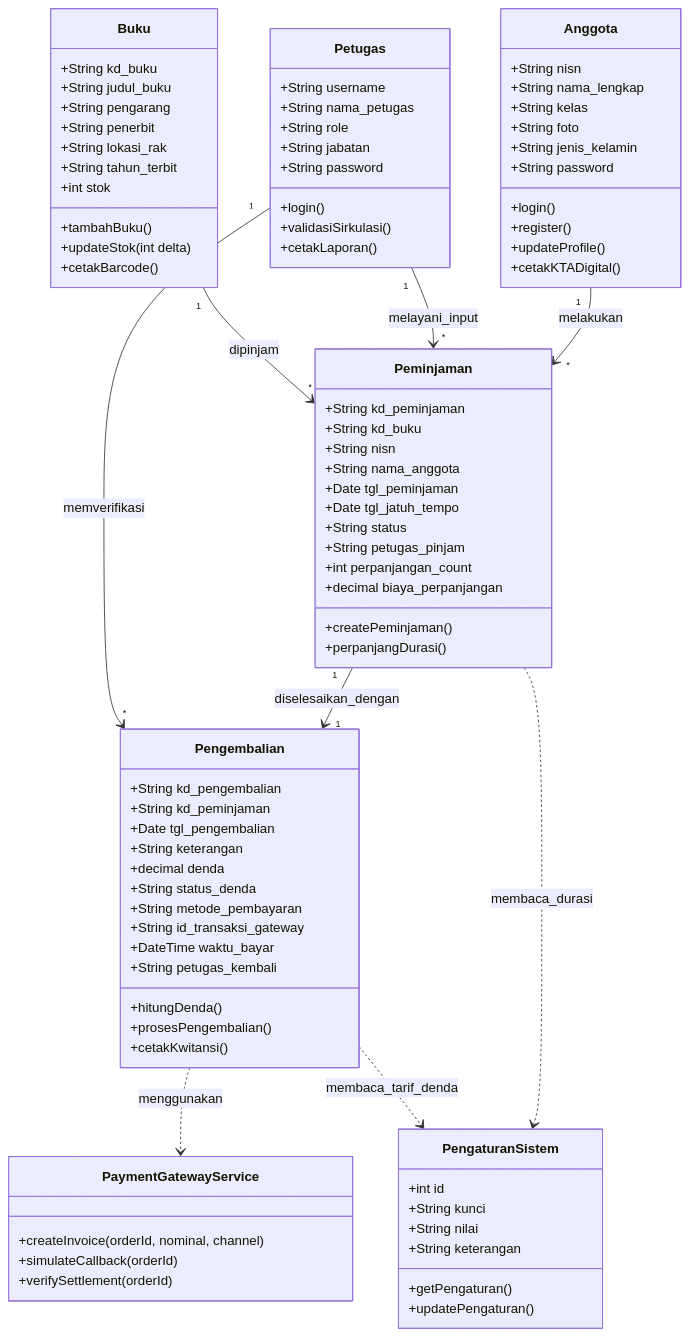
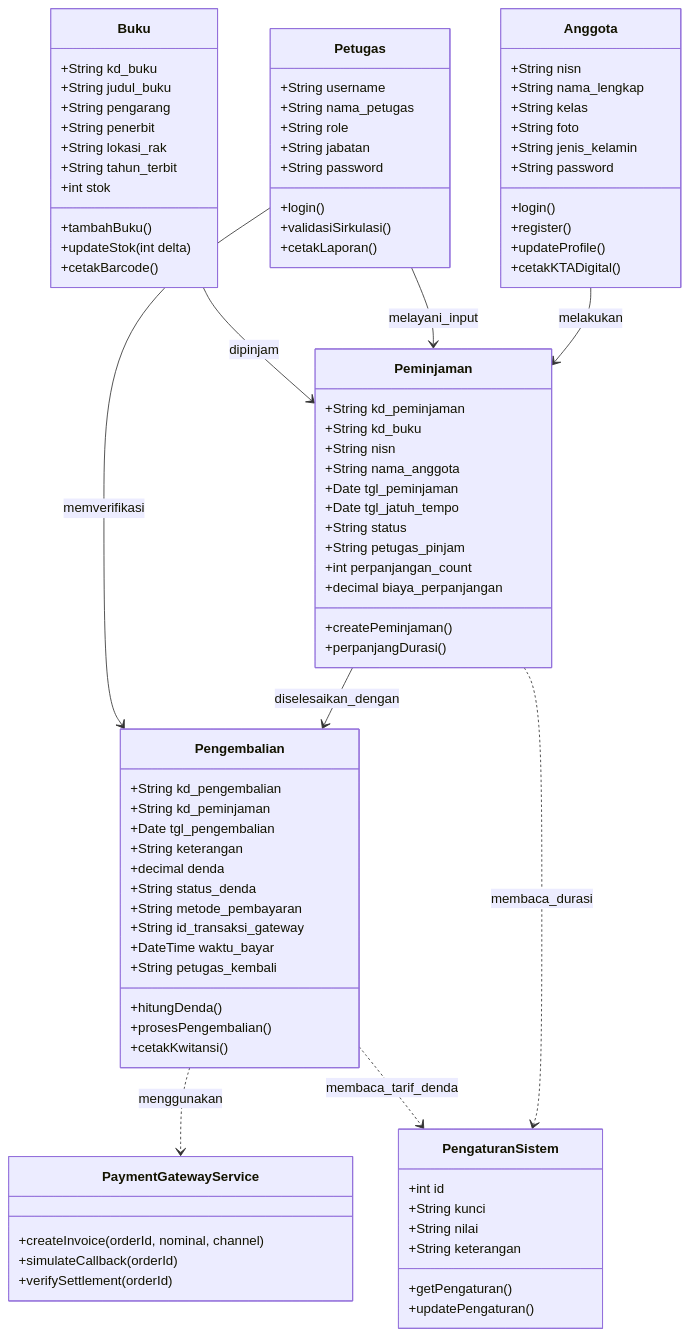
One commit to fanydarat757-hash/antigrafitytest changed the ninth of 17 diagrams in PANDUAN_TEKNIS_DAN_ARSITEKTUR_SKRIPSI.md. Above: the diagram before and after it, drawn with Mermaid. The commit also changed other lines of this file, not shown here.

Commit message:
Fix syntax errors in all 17 Mermaid diagrams for GitHub rendering

```diff
--- a/PANDUAN_TEKNIS_DAN_ARSITEKTUR_SKRIPSI.md
+++ b/PANDUAN_TEKNIS_DAN_ARSITEKTUR_SKRIPSI.md
@@ -494,11 +491,11 @@
         +verifySettlement(orderId)
     }
 
-    Anggota "1" --> "*" Peminjaman : melakukan
-    Petugas "1" --> "*" Peminjaman : melayani_input
-    Buku "1" --> "*" Peminjaman : dipinjam
-    Peminjaman "1" --> "1" Pengembalian : diselesaikan_dengan
-    Petugas "1" --> "*" Pengembalian : memverifikasi
+    Anggota --> Peminjaman : melakukan
+    Petugas --> Peminjaman : melayani_input
+    Buku --> Peminjaman : dipinjam
+    Peminjaman --> Pengembalian : diselesaikan_dengan
+    Petugas --> Pengembalian : memverifikasi
     Pengembalian ..> PaymentGatewayService : menggunakan
     Peminjaman ..> PengaturanSistem : membaca_durasi
     Pengembalian ..> PengaturanSistem : membaca_tarif_denda
```
